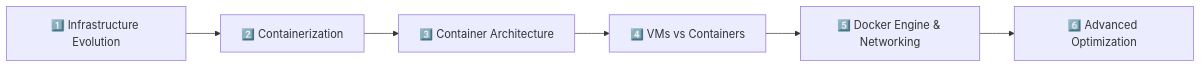
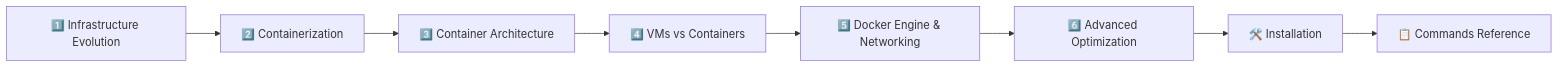
Before and after one commit to 9046balaji/Docker: the diagram in README.md, drawn with Mermaid. The commit also changed other lines of this file, not shown here.

Commit message:
docs: update README with Installation guide, Commands Reference section, and updated learning path

````diff
--- a/README.md
+++ b/README.md
@@ -140,8 +228,10 @@
 ```mermaid
 flowchart LR
     A["1️⃣ Infrastructure Evolution"] --> B["2️⃣ Containerization"]
     B --> C["3️⃣ Container Architecture"]
     C --> D["4️⃣ VMs vs Containers"]
     D --> E["5️⃣ Docker Engine & Networking"]
     E --> F["6️⃣ Advanced Optimization"]
+    F --> G["🛠️ Installation"]
+    G --> H["📋 Commands Reference"]
 ```
````
